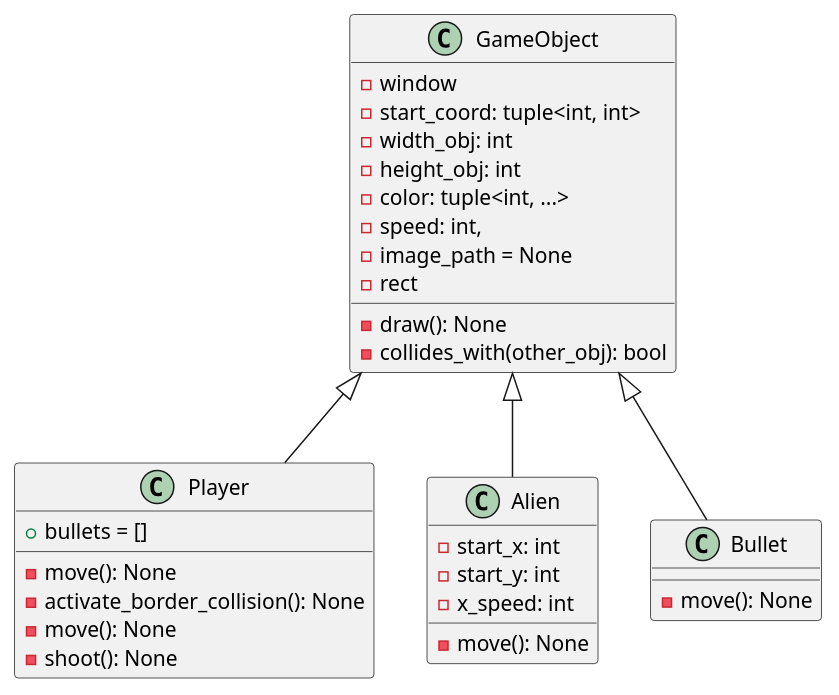
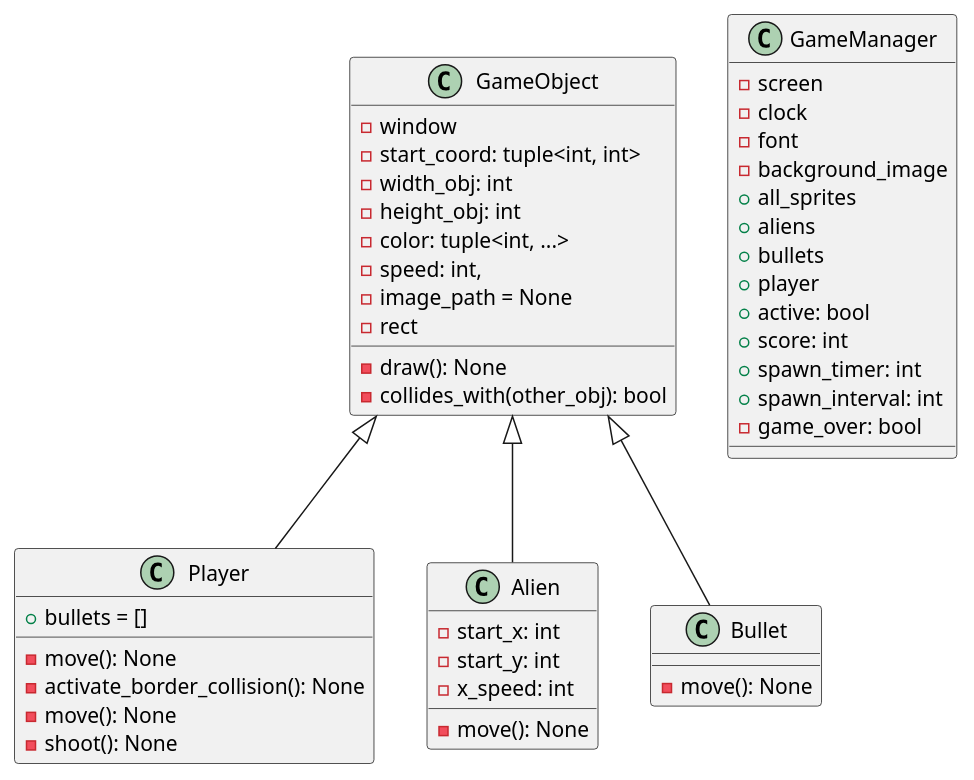
The diagram in src/tasks/4_before_fourth_test/space_shooter_project/space_game_UML.puml (LakBud/Informasjonsteknologi-2-Python-Course), drawn with PlantUML before and after one commit. The commit also changed 10 other files, not shown here.

```diff
--- a/src/tasks/4_before_fourth_test/space_shooter_project/space_game_UML.puml
+++ b/src/tasks/4_before_fourth_test/space_shooter_project/space_game_UML.puml
@@ -1,40 +1,56 @@
 @startuml classes
 
 class GameObject {
     - window
     - start_coord: tuple<int, int>
     - width_obj: int 
     - height_obj: int
     - color: tuple<int, ...>
     - speed: int,
     - image_path = None
     - rect
     - draw(): None 
     - collides_with(other_obj): bool
 }
 
 class Player {
     + bullets = []
     - move(): None
     - activate_border_collision(): None
     - move(): None
     - shoot(): None
 }
 
 class Alien {
     - start_x: int
     - start_y: int
     - x_speed: int
     - move(): None
 }
 
 class Bullet {
     - move(): None
 }
 
+class GameManager {
+    - screen
+    - clock
+    - font 
+    - background_image
+    + all_sprites
+    + aliens
+    + bullets 
+    + player 
+    + active: bool
+    + score: int 
+    + spawn_timer: int 
+    + spawn_interval: int
+    - game_over: bool
+}
+
 GameObject <|-- Player
 GameObject <|-- Alien
 GameObject <|-- Bullet
 
 
 @enduml
```
